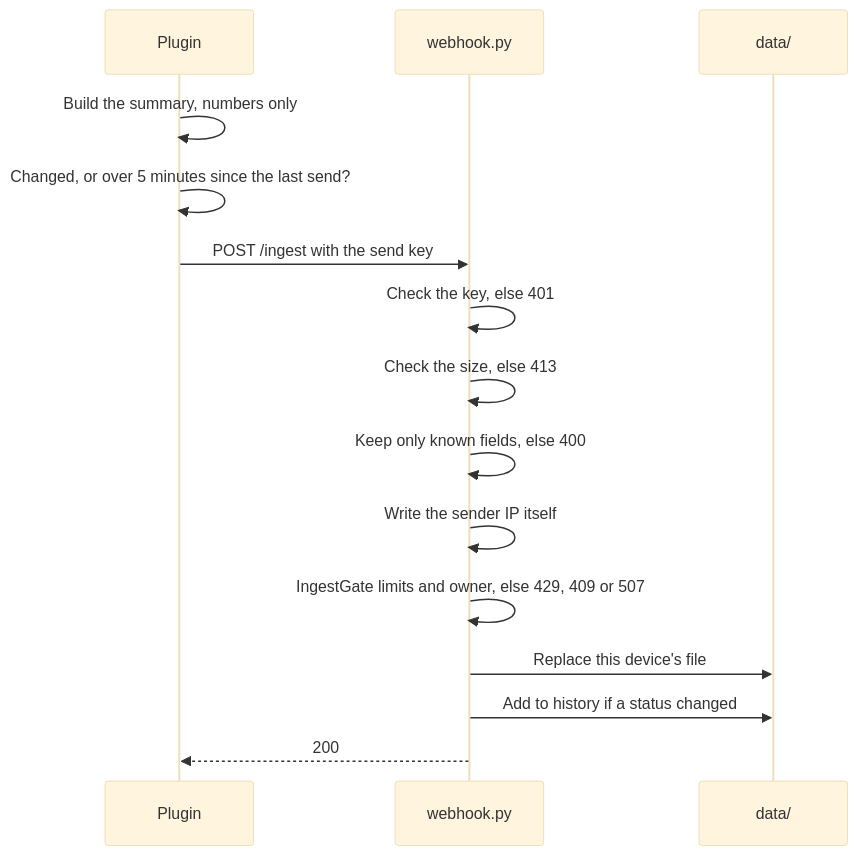
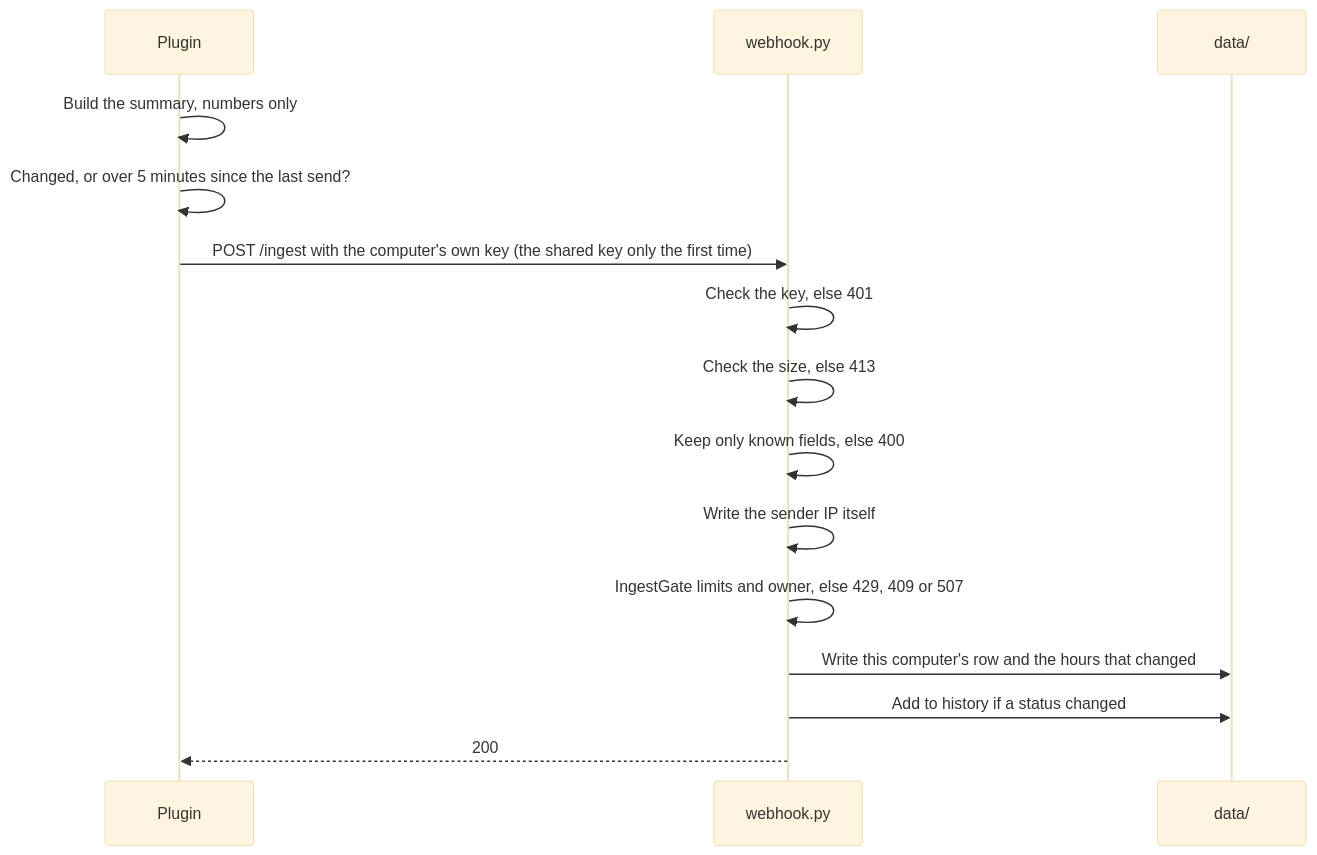
One commit to anhle9x/ai-worker changed the second of 13 diagrams in docs/ARCHITECTURE.md. Above: the diagram before and after it, drawn with Mermaid (base theme). The commit also changed other lines of this file and 48 other files, not shown here.

````diff
--- a/docs/ARCHITECTURE.md
+++ b/docs/ARCHITECTURE.md
@@ -177,17 +182,17 @@
 ```mermaid
 sequenceDiagram
   participant P as Plugin
   participant W as webhook.py
   participant D as data/
   P->>P: Build the summary, numbers only
   P->>P: Changed, or over 5 minutes since the last send?
-  P->>W: POST /ingest with the send key
+  P->>W: POST /ingest with the computer's own key (the shared key only the first time)
   W->>W: Check the key, else 401
   W->>W: Check the size, else 413
   W->>W: Keep only known fields, else 400
   W->>W: Write the sender IP itself
   W->>W: IngestGate limits and owner, else 429, 409 or 507
-  W->>D: Replace this device's file
+  W->>D: Write this computer's row and the hours that changed
   W->>D: Add to history if a status changed
   W-->>P: 200
 ```
````
